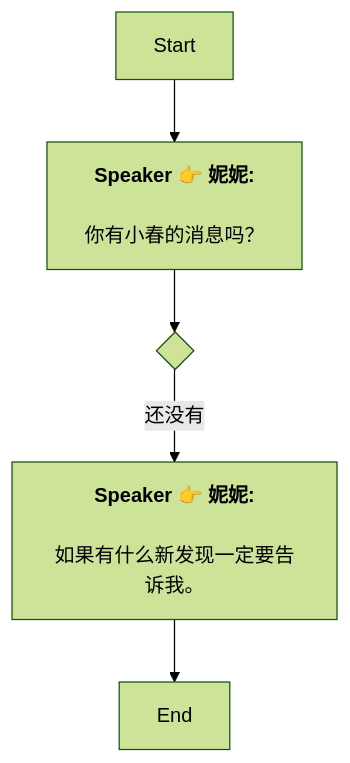
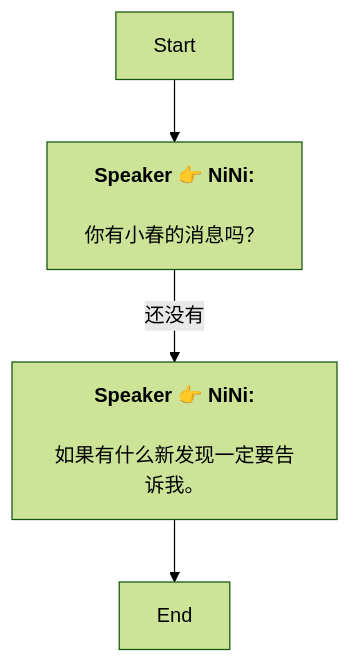
The diagram in Zh/QuestTalkObjectiveNode_1766056583163634.md (SoftHu/tos_avg), drawn with Mermaid (forest theme) before and after one commit. The commit also changed 737 other files, not shown here.

````diff
--- a/Zh/QuestTalkObjectiveNode_1766056583163634.md
+++ b/Zh/QuestTalkObjectiveNode_1766056583163634.md
@@ -1,12 +1,9 @@
 ```mermaid
 graph
-Start -->1766056673781493[<b>Speaker 👉 妮妮:</b>
-
-你有小春的消息吗？]
-1766056673781493 -->1766056723437302{ }
-1766056723437302 -->|还没有|1766056740157179[<b>Speaker 👉 妮妮:</b>
-
-如果有什么新发现一定要告诉我。]
+Start -->1766056673781493[<b>Speaker 👉 NiNi:</b>
+\n你有小春的消息吗？]
+1766056673781493 -->|还没有|1766056740157179[<b>Speaker 👉 NiNi:</b>
+\n如果有什么新发现一定要告诉我。]
 1766056740157179 -->1766056844185340[End]
 
- ```
+```
````
